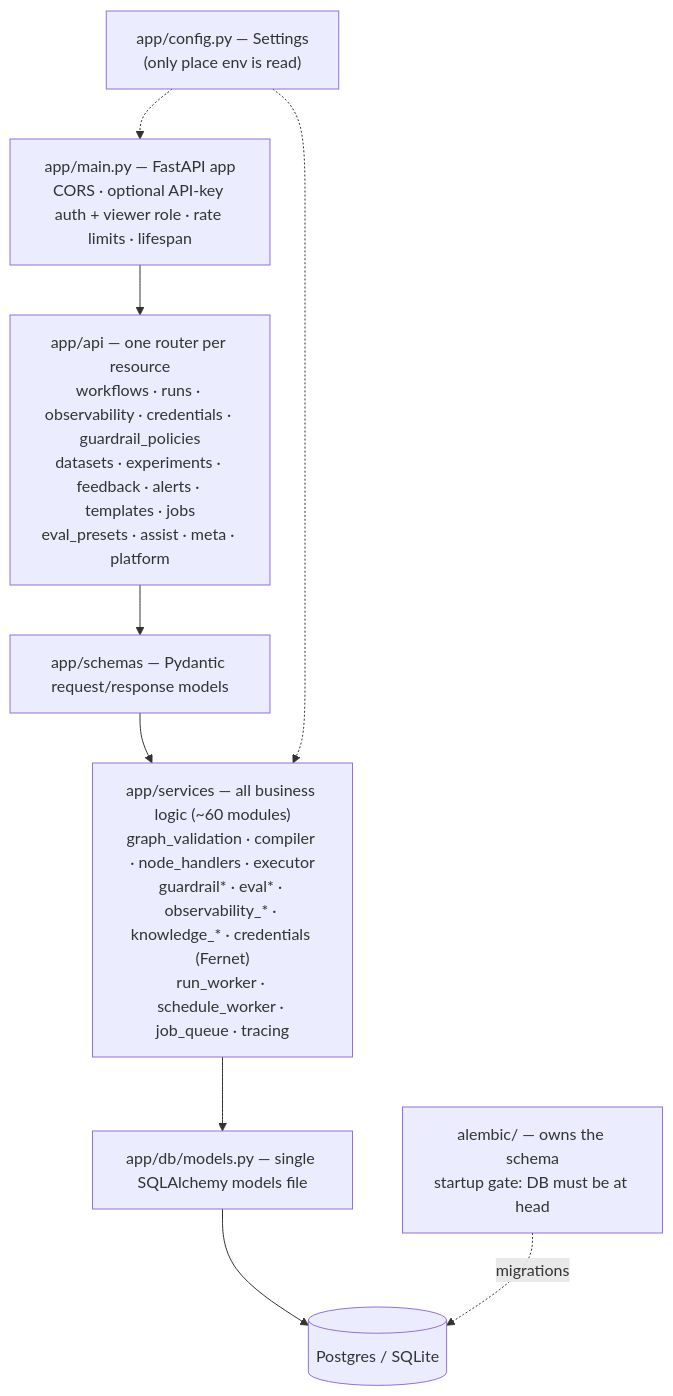
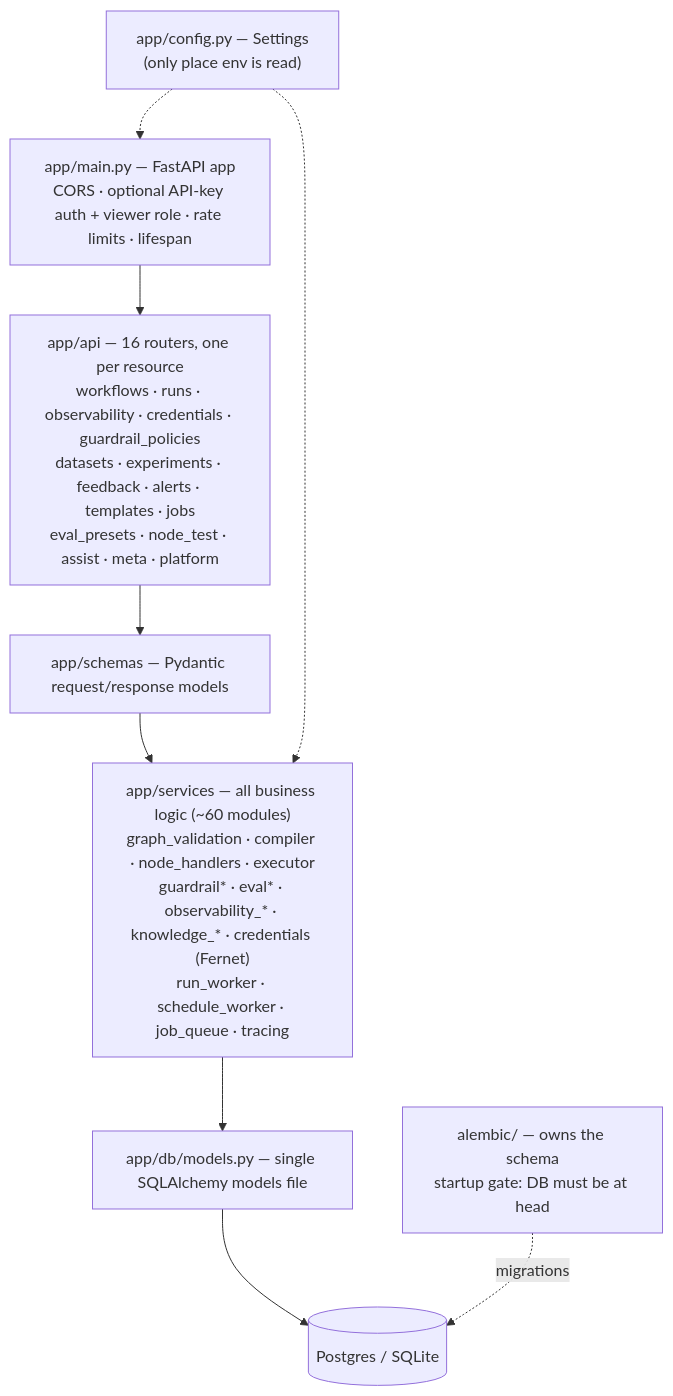
One commit to himanshu-nakrani/aegis changed the third of 6 diagrams in docs/architecture.md. Above: the diagram before and after it, drawn with Mermaid. The commit also changed other lines of this file and 5 other files, not shown here.

````diff
--- a/docs/architecture.md
+++ b/docs/architecture.md
@@ -82,16 +82,16 @@
 ```mermaid
 flowchart TB
     MW["app/main.py — FastAPI app<br/>CORS · optional API-key auth + viewer role · rate limits · lifespan"]
-    R["app/api — one router per resource<br/>workflows · runs · observability · credentials · guardrail_policies<br/>datasets · experiments · feedback · alerts · templates · jobs<br/>eval_presets · assist · meta · platform"]
+    R["app/api — 16 routers, one per resource<br/>workflows · runs · observability · credentials · guardrail_policies<br/>datasets · experiments · feedback · alerts · templates · jobs<br/>eval_presets · node_test · assist · meta · platform"]
     S["app/schemas — Pydantic request/response models"]
     SVC["app/services — all business logic (~60 modules)<br/>graph_validation · compiler · node_handlers · executor<br/>guardrail* · eval* · observability_* · knowledge_* · credentials (Fernet)<br/>run_worker · schedule_worker · job_queue · tracing"]
     M["app/db/models.py — single SQLAlchemy models file"]
     DB[("Postgres / SQLite")]
     AL["alembic/ — owns the schema<br/>startup gate: DB must be at head"]
     CFG["app/config.py — Settings<br/>(only place env is read)"]
 
     MW --> R --> S --> SVC --> M --> DB
     AL -.->|"migrations"| DB
     CFG -.-> MW
     CFG -.-> SVC
 ```
````
